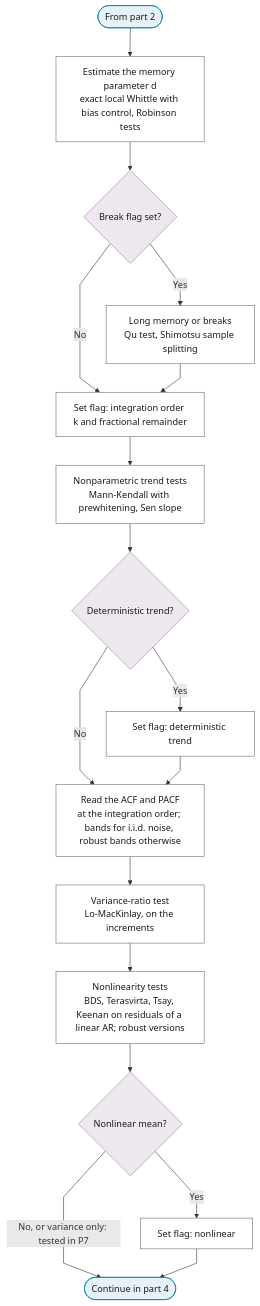
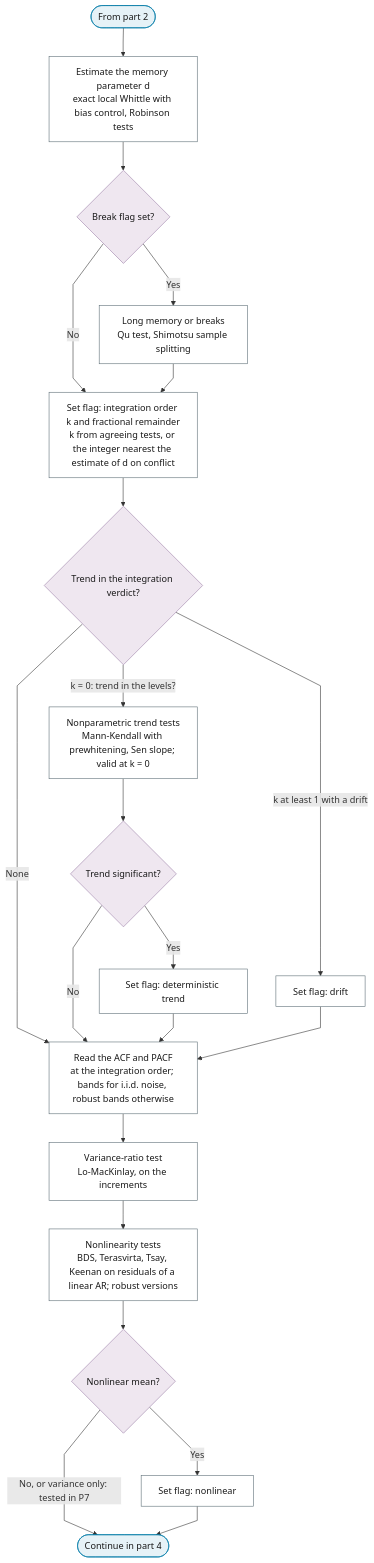
One commit to Shuxin-Y/time-series-analysis-manual changed the third of 4 diagrams in docs/01-workflow/p03-exploratory-diagnostics.md. Above: the diagram before and after it, drawn with Mermaid. The commit also changed other lines of this file and 6 other files, not shown here.

First line of the commit message:
fix(p3,p4): purpose- and class-aware treatment of levels and integration

````diff
--- a/docs/01-workflow/p03-exploratory-diagnostics.md
+++ b/docs/01-workflow/p03-exploratory-diagnostics.md
@@ -94,31 +94,34 @@
 ```mermaid
 %%{init: {"flowchart": {"curve": "linear"}}}%%
 graph TD
     P3_PART_3_IN(["From part 2"]) --> P3_LONG_MEMORY["Estimate the memory parameter d<br/>exact local Whittle with bias control, Robinson tests"]
     P3_LONG_MEMORY --> P3_LM_BREAKS{"Break flag set?"}
     P3_LM_BREAKS -->|"Yes"| P3_LM_VS_BREAKS["Long memory or breaks<br/>Qu test, Shimotsu sample splitting"]
     P3_LM_BREAKS -->|"No"| P3_ORDER_FLAG
-    P3_LM_VS_BREAKS --> P3_ORDER_FLAG["Set flag: integration order k and fractional remainder"]
-    P3_ORDER_FLAG --> P3_NONPARAMETRIC_TREND["Nonparametric trend tests<br/>Mann-Kendall with prewhitening, Sen slope"]
-    P3_NONPARAMETRIC_TREND --> P3_TREND_TS{"Deterministic trend?"}
-    P3_TREND_TS -->|"Yes"| P3_TREND_FLAG["Set flag: deterministic trend"]
-    P3_TREND_TS -->|"No"| P3_ACF_PACF
-    P3_TREND_FLAG --> P3_ACF_PACF["Read the ACF and PACF<br/>at the integration order; bands for i.i.d. noise, robust bands otherwise"]
+    P3_LM_VS_BREAKS --> P3_ORDER_FLAG["Set flag: integration order k and fractional remainder<br/>k from agreeing tests, or the integer nearest the estimate of d on conflict"]
+    P3_ORDER_FLAG --> P3_TREND_TS{"Trend in the integration verdict?"}
+    P3_TREND_TS -->|"k = 0: trend in the levels?"| P3_NONPARAMETRIC_TREND["Nonparametric trend tests<br/>Mann-Kendall with prewhitening, Sen slope; valid at k = 0"]
+    P3_TREND_TS -->|"k at least 1 with a drift"| P3_DRIFT_FLAG["Set flag: drift"]
+    P3_TREND_TS -->|"None"| P3_ACF_PACF
+    P3_NONPARAMETRIC_TREND --> P3_TREND_SIG{"Trend significant?"}
+    P3_TREND_SIG -->|"Yes"| P3_TREND_FLAG["Set flag: deterministic trend"]
+    P3_TREND_SIG -->|"No"| P3_ACF_PACF
+    P3_TREND_FLAG & P3_DRIFT_FLAG --> P3_ACF_PACF["Read the ACF and PACF<br/>at the integration order; bands for i.i.d. noise, robust bands otherwise"]
     P3_ACF_PACF --> P3_VARIANCE_RATIO["Variance-ratio test<br/>Lo-MacKinlay, on the increments"]
     P3_VARIANCE_RATIO --> P3_NONLINEARITY["Nonlinearity tests<br/>BDS, Terasvirta, Tsay, Keenan on residuals of a linear AR; robust versions"]
     P3_NONLINEARITY --> P3_NONLINEAR{"Nonlinear mean?"}
     P3_NONLINEAR -->|"Yes"| P3_NONLINEAR_FLAG["Set flag: nonlinear"]
     P3_NONLINEAR -->|"No, or variance only: tested in P7"| P3_TO_PART_4(["Continue in part 4"])
     P3_NONLINEAR_FLAG --> P3_TO_PART_4
     class P3_PART_3_IN,P3_TO_PART_4 terminator
-    class P3_LM_BREAKS,P3_TREND_TS,P3_NONLINEAR decision
-    class P3_LONG_MEMORY,P3_LM_VS_BREAKS,P3_ORDER_FLAG,P3_NONPARAMETRIC_TREND,P3_TREND_FLAG,P3_ACF_PACF,P3_VARIANCE_RATIO,P3_NONLINEARITY,P3_NONLINEAR_FLAG process
+    class P3_LM_BREAKS,P3_TREND_TS,P3_TREND_SIG,P3_NONLINEAR decision
+    class P3_LONG_MEMORY,P3_LM_VS_BREAKS,P3_ORDER_FLAG,P3_NONPARAMETRIC_TREND,P3_TREND_FLAG,P3_DRIFT_FLAG,P3_ACF_PACF,P3_VARIANCE_RATIO,P3_NONLINEARITY,P3_NONLINEAR_FLAG process
     classDef terminator fill:#E6F2F7,stroke:#007BA7,color:#1A1A1A;
     classDef process fill:#FFFFFF,stroke:#5A6B73,color:#1A1A1A;
     classDef decision fill:#EFE7F0,stroke:#9B7FA7,color:#1A1A1A;
     classDef data fill:#FFF4E0,stroke:#C9A55E,color:#1A1A1A;
     classDef good fill:#DCEFD8,stroke:#4A7A3F,color:#1A1A1A;
     classDef escalate fill:#FFE9C2,stroke:#C9A55E,color:#1A1A1A;
     classDef problem fill:#F2D9DE,stroke:#800020,color:#1A1A1A;
     classDef ref fill:#F7F7F7,stroke:#5A6B73,color:#1A1A1A,stroke-dasharray:4 3;
 ```
````
